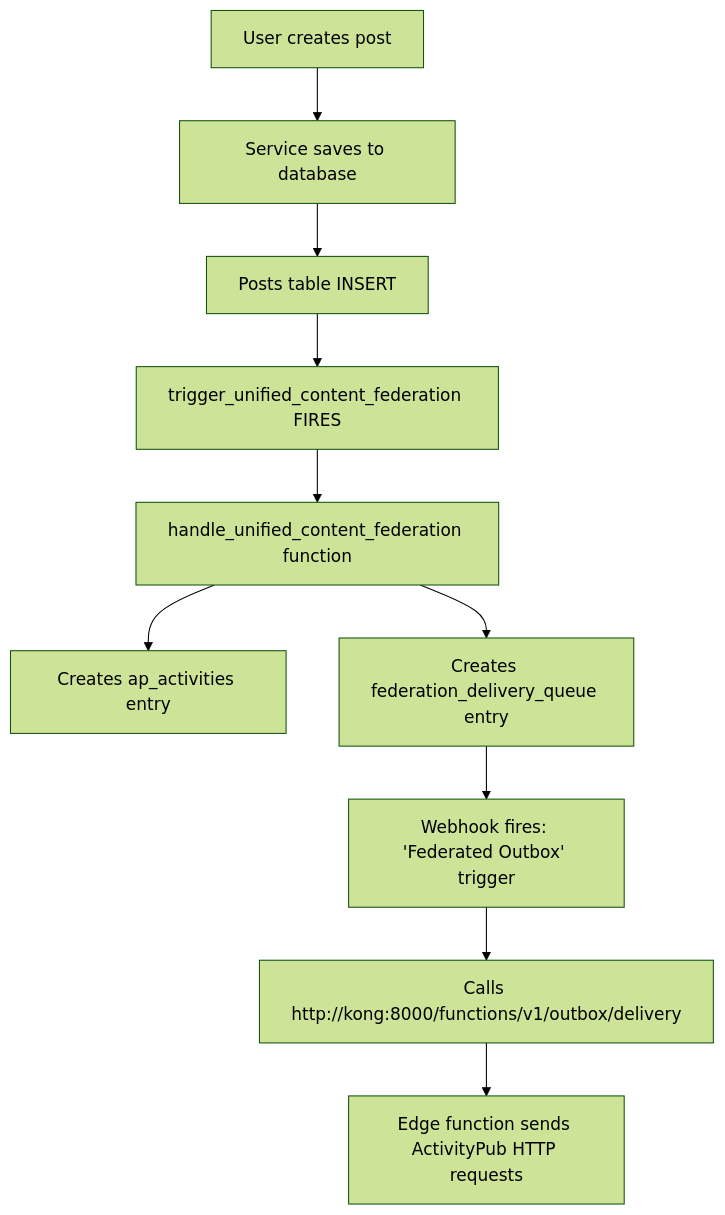
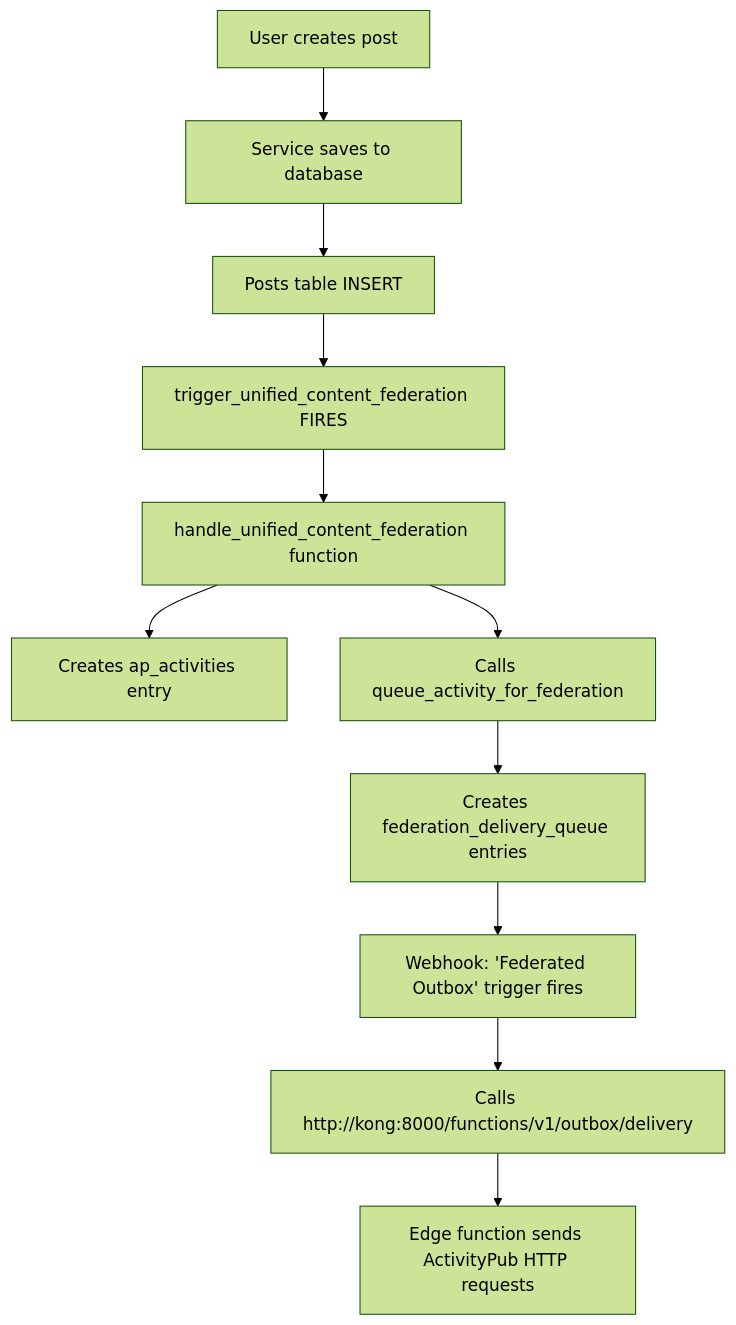
Before and after one commit to y4my4my4m/harmony: the first of 3 diagrams in FEDERATION_ARCHITECTURE_ANALYSIS.md, drawn with Mermaid (forest theme). The commit also changed other lines of this file and 3 other files, not shown here.

Commit message:
Fix federation: restore posts trigger and add missing queue population

````diff
--- a/FEDERATION_ARCHITECTURE_ANALYSIS.md
+++ b/FEDERATION_ARCHITECTURE_ANALYSIS.md
@@ -9,12 +13,13 @@
 ```mermaid
 graph TD
     A[User creates post] --> B[Service saves to database]
     B --> C[Posts table INSERT]
     C --> D[trigger_unified_content_federation FIRES]
     D --> E[handle_unified_content_federation function]
     E --> F[Creates ap_activities entry]
-    E --> G[Creates federation_delivery_queue entry]
-    G --> H[Webhook fires: 'Federated Outbox' trigger]
-    H --> I[Calls http://kong:8000/functions/v1/outbox/delivery]
-    I --> J[Edge function sends ActivityPub HTTP requests]
+    E --> G[Calls queue_activity_for_federation]
+    G --> H[Creates federation_delivery_queue entries]
+    H --> I[Webhook: 'Federated Outbox' trigger fires]
+    I --> J[Calls http://kong:8000/functions/v1/outbox/delivery]
+    J --> K[Edge function sends ActivityPub HTTP requests]
 ```
````
